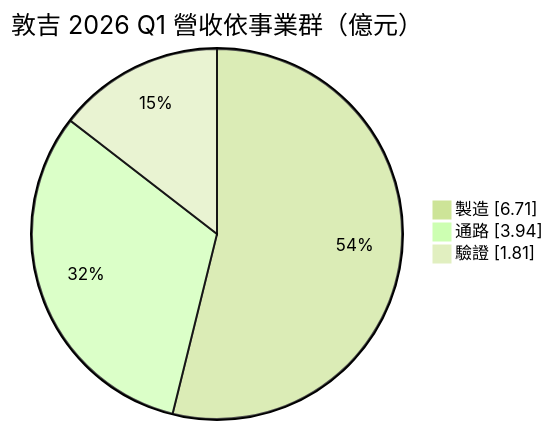
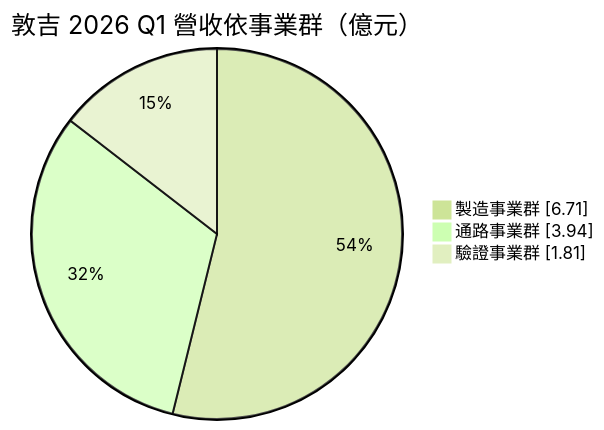
One commit to wangnick1004/taiwan-stock-vault changed the first of 2 diagrams in 個股/台股/2459敦吉.md. Above: the diagram before and after it, drawn with Mermaid (forest theme). The commit also changed other lines of this file and 10 other files, not shown here.

````diff
--- a/個股/台股/2459敦吉.md
+++ b/個股/台股/2459敦吉.md
@@ -46,7 +44,7 @@
 ```mermaid
 pie showData
     title 敦吉 2026 Q1 營收依事業群（億元）
-    "製造" : 6.71
-    "通路" : 3.94
-    "驗證" : 1.81
+    "製造事業群" : 6.71
+    "通路事業群" : 3.94
+    "驗證事業群" : 1.81
 ```
````
